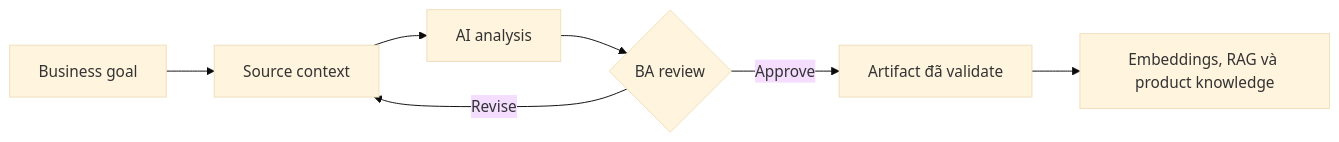
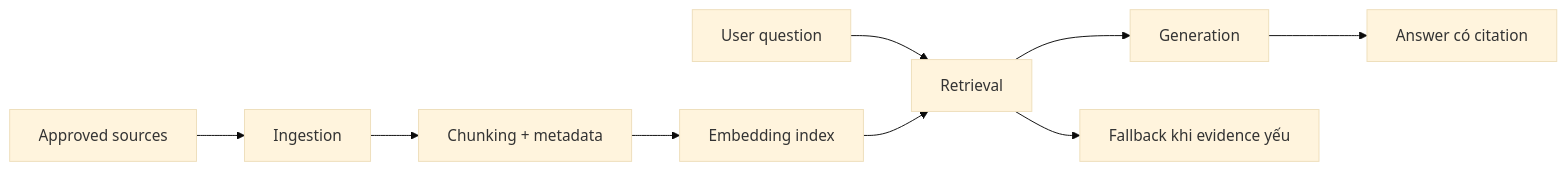
One commit to anhtnt90dev/ai-for-ba changed the diagram in docs/vi/lessons/embeddings-rag-and-knowledge/index.md. Above: the diagram before and after it, drawn with Mermaid (base theme). The commit also changed other lines of this file and 64 other files, not shown here.

````diff
--- a/docs/vi/lessons/embeddings-rag-and-knowledge/index.md
+++ b/docs/vi/lessons/embeddings-rag-and-knowledge/index.md
@@ -39,9 +38,11 @@
 ```mermaid
 flowchart LR
-    A["Business goal"] --> B["Source context"]
-    B --> C["AI analysis"]
-    C --> D{"BA review"}
-    D -->|"Revise"| B
-    D -->|"Approve"| E["Artifact đã validate"]
-    E --> F["Embeddings, RAG và product knowledge"]
+    A["Approved sources"] --> B["Ingestion"]
+    B --> C["Chunking + metadata"]
+    C --> D["Embedding index"]
+    Q["User question"] --> R["Retrieval"]
+    D --> R
+    R --> G["Generation"]
+    G --> H["Answer có citation"]
+    R --> F["Fallback khi evidence yếu"]
 ```
````
